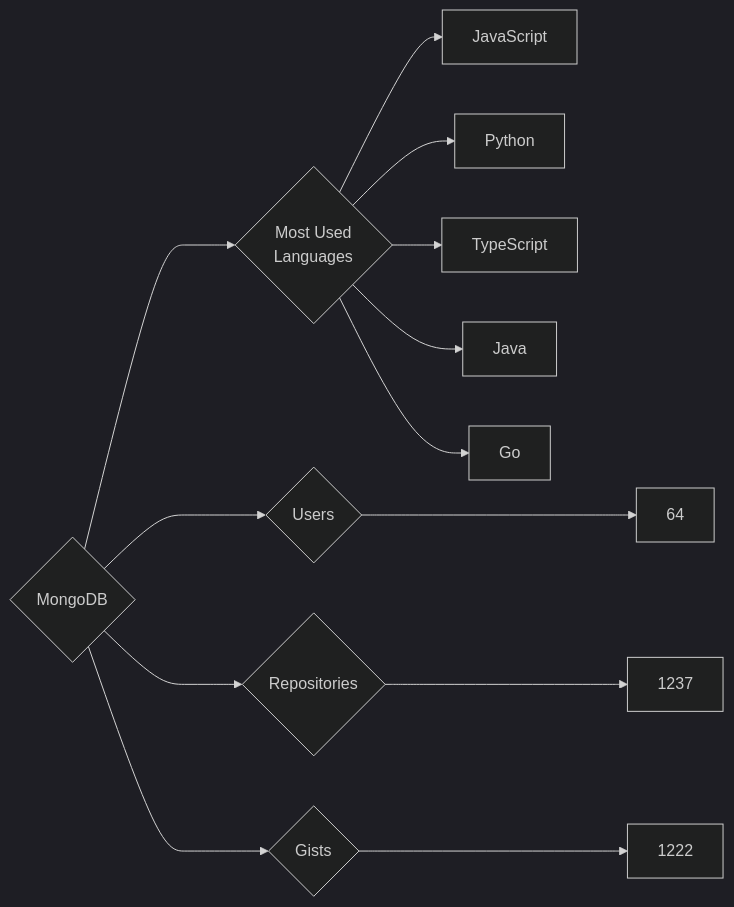
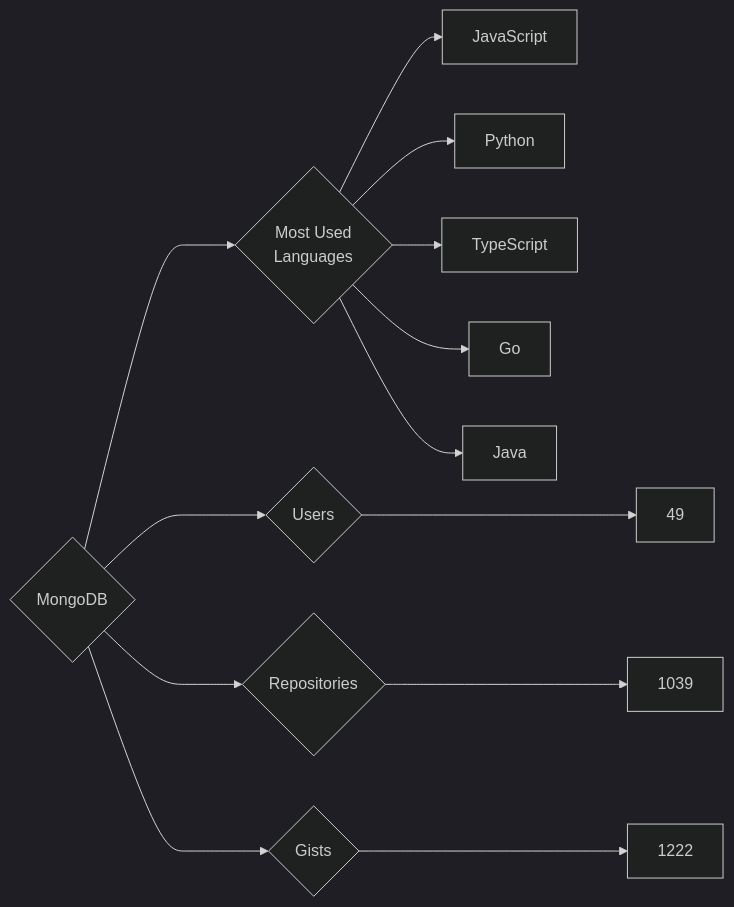
One commit to trickest/insiders changed the diagram in targets/MongoDB/README.md. Above: the diagram before and after it, drawn with Mermaid (dark theme). The commit also changed 715 other files, not shown here.

````diff
--- a/targets/MongoDB/README.md
+++ b/targets/MongoDB/README.md
@@ -3,13 +3,13 @@
 ```mermaid
 graph LR
 COMPANY_NAME{MongoDB}
-COMPANY_NAME ---> U{Users} ---> UN[64]
-COMPANY_NAME ---> R{Repositories} ---> RN[1237]
+COMPANY_NAME ---> U{Users} ---> UN[49]
+COMPANY_NAME ---> R{Repositories} ---> RN[1039]
 COMPANY_NAME ---> G{Gists} ---> GN[1222]
 COMPANY_NAME ---> ML{Most Used<br>Languages}
 ML --> JavaScript[JavaScript]
 ML --> Python[Python]
 ML --> TypeScript[TypeScript]
+ML --> Go[Go]
 ML --> Java[Java]
-ML --> Go[Go]
 ```
````
